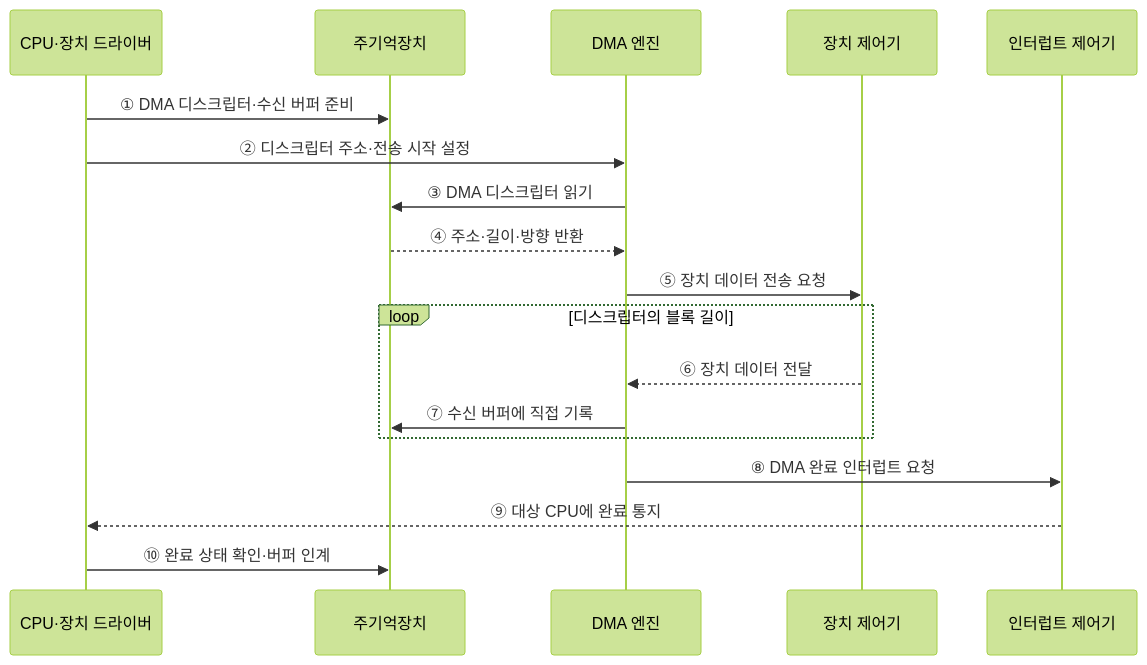
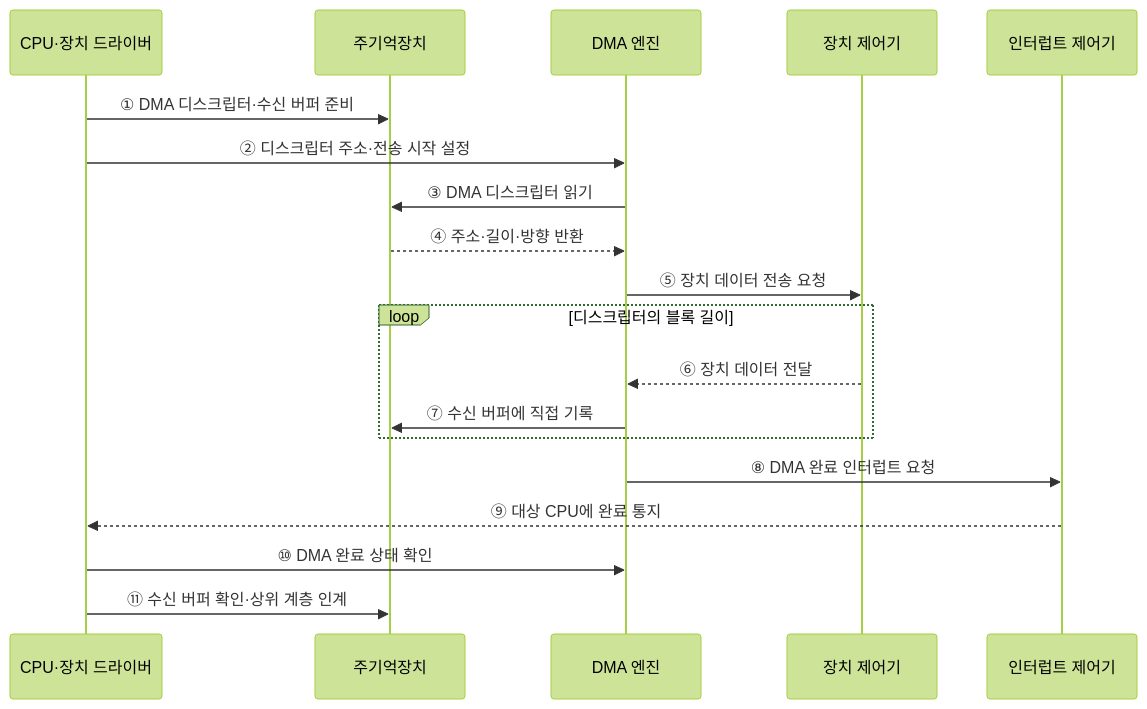
One commit to agnusdei1207/knowledge-base changed the second of 2 diagrams in src/content/docs/notes/02-hardware/033_io_interface.md. Above: the diagram before and after it, drawn with Mermaid (forest theme). The commit also changed other lines of this file and 20 other files, not shown here.

````diff
--- a/src/content/docs/notes/02-hardware/033_io_interface.md
+++ b/src/content/docs/notes/02-hardware/033_io_interface.md
@@ -88,21 +79,22 @@
 ```mermaid
 sequenceDiagram
     participant C as CPU·장치 드라이버
     participant M as 주기억장치
     participant E as DMA 엔진
     participant D as 장치 제어기
     participant I as 인터럽트 제어기
 
     C->>M: ① DMA 디스크립터·수신 버퍼 준비
     C->>E: ② 디스크립터 주소·전송 시작 설정
     E->>M: ③ DMA 디스크립터 읽기
     M-->>E: ④ 주소·길이·방향 반환
     E->>D: ⑤ 장치 데이터 전송 요청
     loop 디스크립터의 블록 길이
         D-->>E: ⑥ 장치 데이터 전달
         E->>M: ⑦ 수신 버퍼에 직접 기록
     end
     E->>I: ⑧ DMA 완료 인터럽트 요청
     I-->>C: ⑨ 대상 CPU에 완료 통지
-    C->>M: ⑩ 완료 상태 확인·버퍼 인계
+    C->>E: ⑩ DMA 완료 상태 확인
+    C->>M: ⑪ 수신 버퍼 확인·상위 계층 인계
 ```
````
